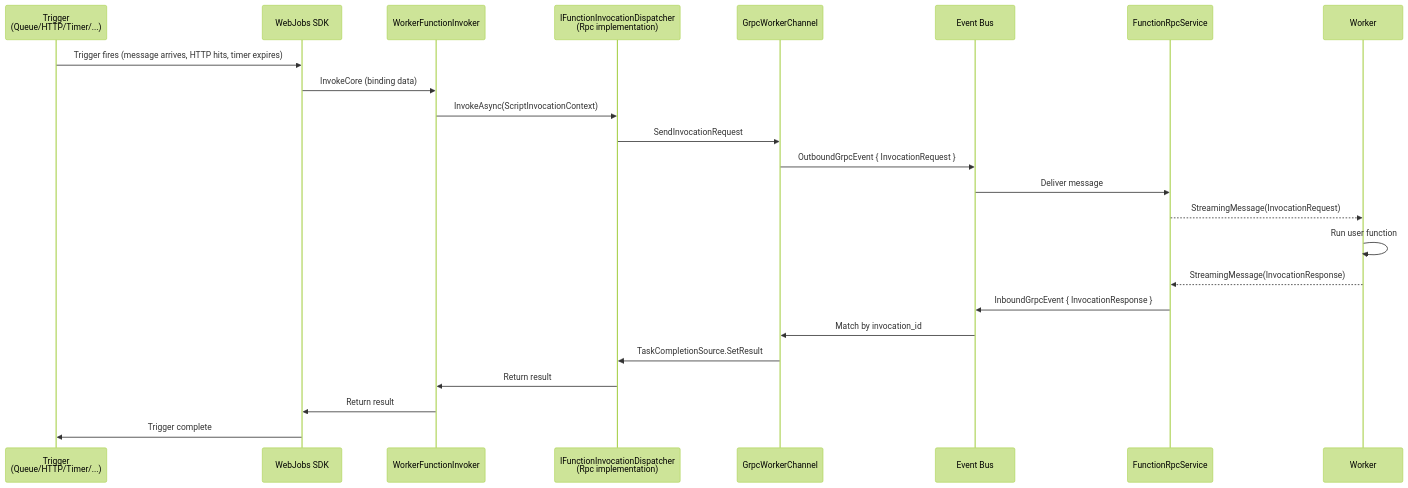
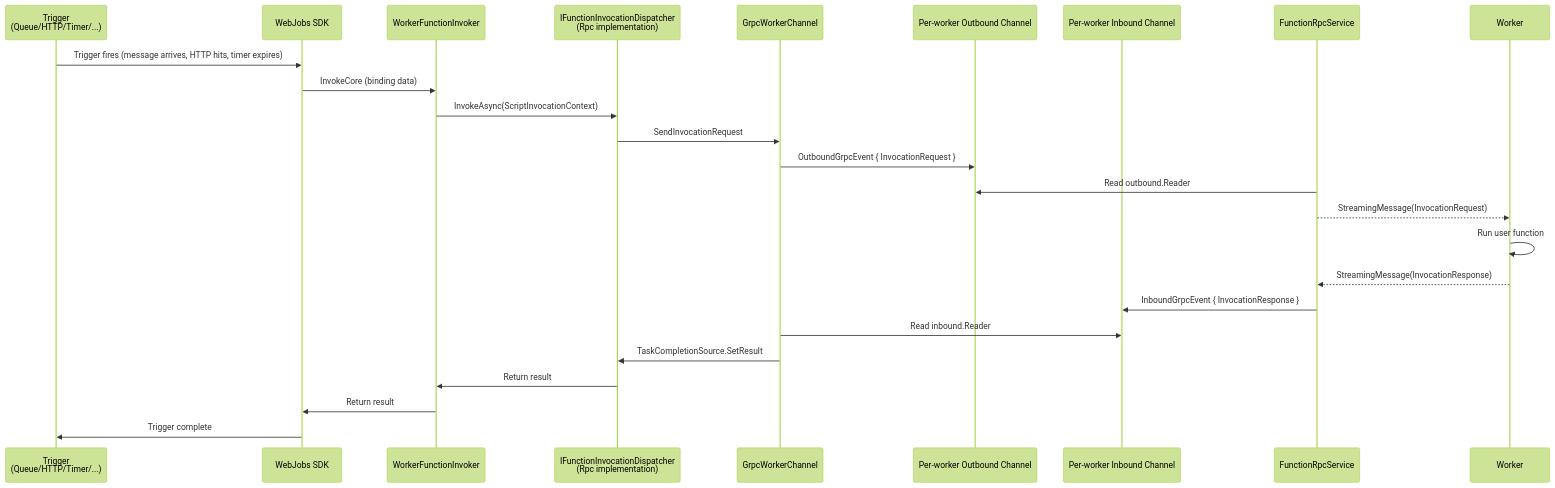
The first of 2 diagrams in azure-functions-deep-dive/en/04-dispatcher-and-invocation.md (yeongseon-books/book-content), drawn with Mermaid (forest theme) before and after one commit. The commit also changed other lines of this file and 42 other files, not shown here.

First line of the commit message:
fix: 오라클 리뷰 반영 — Functions 101/Deep Dive 사실관계·톤·다이어그램 정리, App Service 101 ko/en 재구조화

````diff
--- a/azure-functions-deep-dive/en/04-dispatcher-and-invocation.md
+++ b/azure-functions-deep-dive/en/04-dispatcher-and-invocation.md
@@ -21,28 +21,29 @@
 ```mermaid
 sequenceDiagram
     participant T as Trigger<br/>(Queue/HTTP/Timer/...)
     participant SDK as WebJobs SDK
     participant WFI as WorkerFunctionInvoker
     participant DISP as IFunctionInvocationDispatcher<br/>(Rpc implementation)
     participant GWC as GrpcWorkerChannel
-    participant Bus as Event Bus
+    participant OC as Per-worker Outbound Channel
+    participant IC as Per-worker Inbound Channel
     participant FRS as FunctionRpcService
     participant W as Worker
 
     T->>SDK: Trigger fires (message arrives, HTTP hits, timer expires)
     SDK->>WFI: InvokeCore (binding data)
     WFI->>DISP: InvokeAsync(ScriptInvocationContext)
     DISP->>GWC: SendInvocationRequest
-    GWC->>Bus: OutboundGrpcEvent { InvocationRequest }
-    Bus->>FRS: Deliver message
+    GWC->>OC: OutboundGrpcEvent { InvocationRequest }
+    FRS->>OC: Read outbound.Reader
     FRS-->>W: StreamingMessage(InvocationRequest)
 
     W->>W: Run user function
     W-->>FRS: StreamingMessage(InvocationResponse)
-    FRS->>Bus: InboundGrpcEvent { InvocationResponse }
-    Bus->>GWC: Match by invocation_id
+    FRS->>IC: InboundGrpcEvent { InvocationResponse }
+    GWC->>IC: Read inbound.Reader
     GWC->>DISP: TaskCompletionSource.SetResult
     DISP->>WFI: Return result
     WFI->>SDK: Return result
     SDK->>T: Trigger complete
 ```
````
